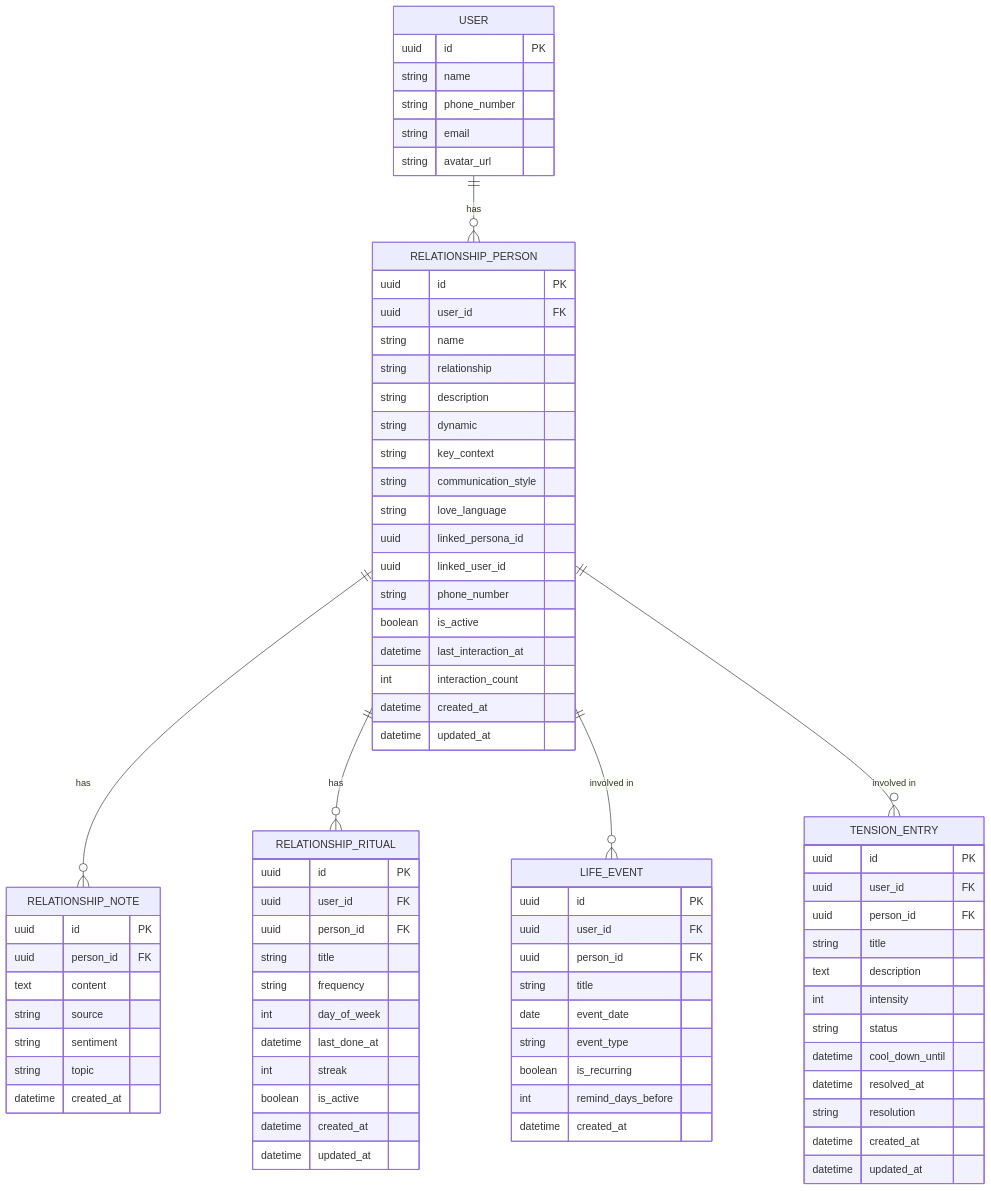
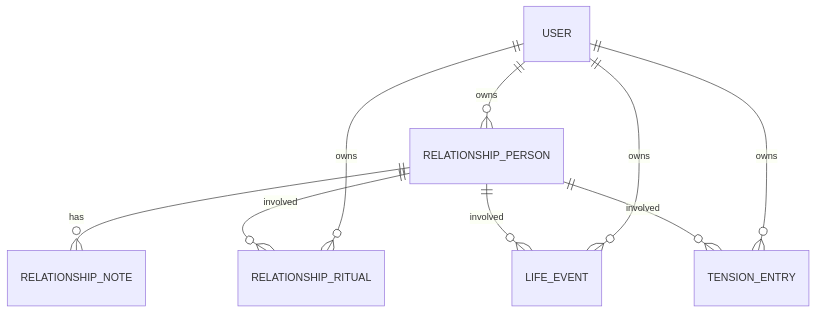
The fifth of 8 diagrams in .qoder/repowiki/en/content/Core Features/Core Features.md (statgod6/4ever), drawn with Mermaid before and after one commit. The commit also changed other lines of this file and 116 other files, not shown here.

````diff
--- a/.qoder/repowiki/en/content/Core Features/Core Features.md
+++ b/.qoder/repowiki/en/content/Core Features/Core Features.md
@@ -223,81 +254,11 @@
 ```mermaid
 erDiagram
-USER {
-uuid id PK
-string name
-string phone_number
-string email
-string avatar_url
-}
-RELATIONSHIP_PERSON {
-uuid id PK
-uuid user_id FK
-string name
-string relationship
-string description
-string dynamic
-string key_context
-string communication_style
-string love_language
-uuid linked_persona_id
-uuid linked_user_id
-string phone_number
-boolean is_active
-datetime last_interaction_at
-int interaction_count
-datetime created_at
-datetime updated_at
-}
-RELATIONSHIP_NOTE {
-uuid id PK
-uuid person_id FK
-text content
-string source
-string sentiment
-string topic
-datetime created_at
-}
-RELATIONSHIP_RITUAL {
-uuid id PK
-uuid user_id FK
-uuid person_id FK
-string title
-string frequency
-int day_of_week
-datetime last_done_at
-int streak
-boolean is_active
-datetime created_at
-datetime updated_at
-}
-LIFE_EVENT {
-uuid id PK
-uuid user_id FK
-uuid person_id FK
-string title
-date event_date
-string event_type
-boolean is_recurring
-int remind_days_before
-datetime created_at
-}
-TENSION_ENTRY {
-uuid id PK
-uuid user_id FK
-uuid person_id FK
-string title
-text description
-int intensity
-string status
-datetime cool_down_until
-datetime resolved_at
-string resolution
-datetime created_at
-datetime updated_at
-}
-USER ||--o{ RELATIONSHIP_PERSON : "has"
+USER ||--o{ RELATIONSHIP_PERSON : "owns"
+USER ||--o{ RELATIONSHIP_RITUAL : "owns"
+USER ||--o{ LIFE_EVENT : "owns"
+USER ||--o{ TENSION_ENTRY : "owns"
 RELATIONSHIP_PERSON ||--o{ RELATIONSHIP_NOTE : "has"
-RELATIONSHIP_PERSON ||--o{ RELATIONSHIP_RITUAL : "has"
-RELATIONSHIP_PERSON ||--o{ LIFE_EVENT : "involved in"
-RELATIONSHIP_PERSON ||--o{ TENSION_ENTRY : "involved in"
+RELATIONSHIP_PERSON ||--o{ LIFE_EVENT : "involved"
+RELATIONSHIP_PERSON ||--o{ RELATIONSHIP_RITUAL : "involved"
+RELATIONSHIP_PERSON ||--o{ TENSION_ENTRY : "involved"
 ```
````
